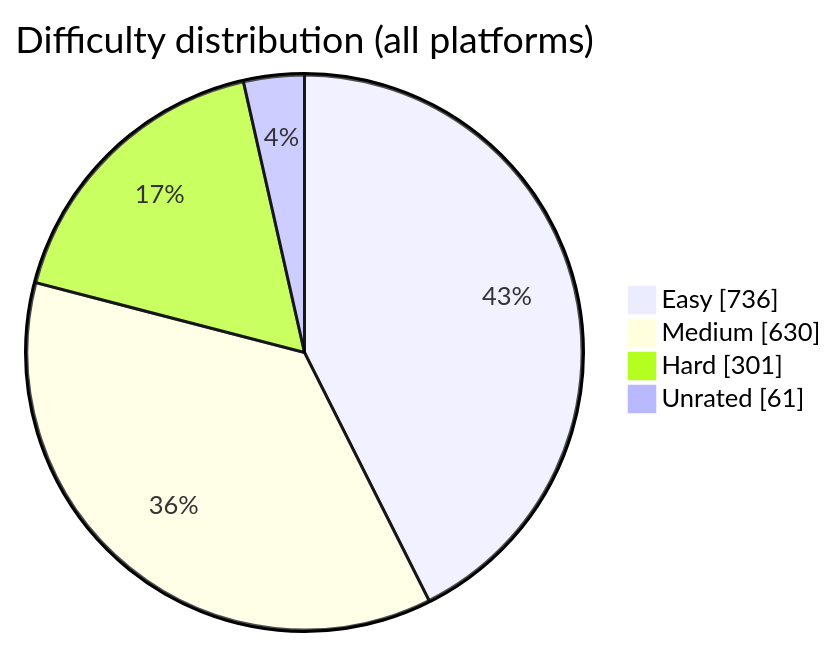
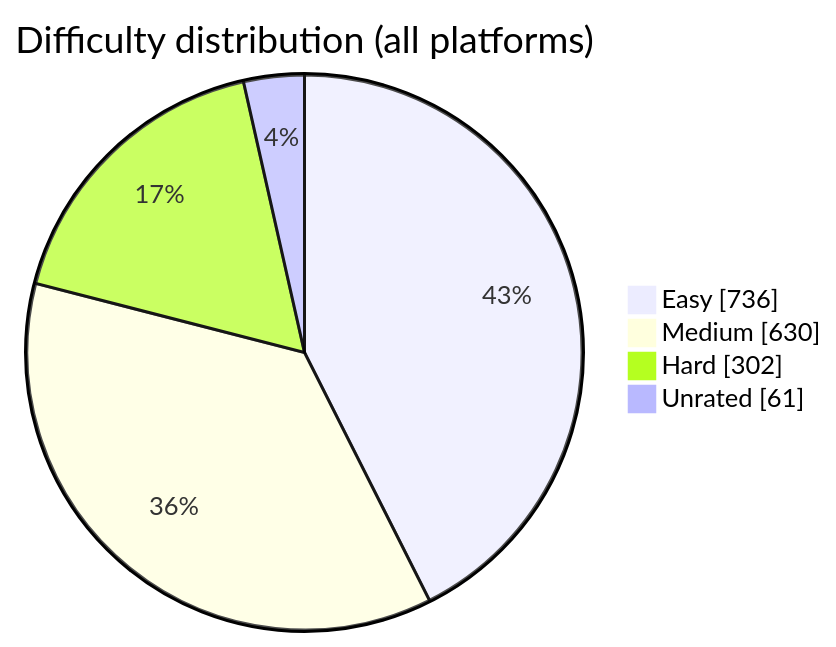
Before and after one commit to BuildbyArindam/Daily-Coding-Log: the diagram in README.md, drawn with Mermaid. The commit also changed other lines of this file, not shown here.

````diff
--- a/README.md
+++ b/README.md
@@ -93,7 +93,7 @@
 ```mermaid
 pie showData title Difficulty distribution (all platforms)
     "Easy" : 736
     "Medium" : 630
-    "Hard" : 301
+    "Hard" : 302
     "Unrated" : 61
 ```
````
